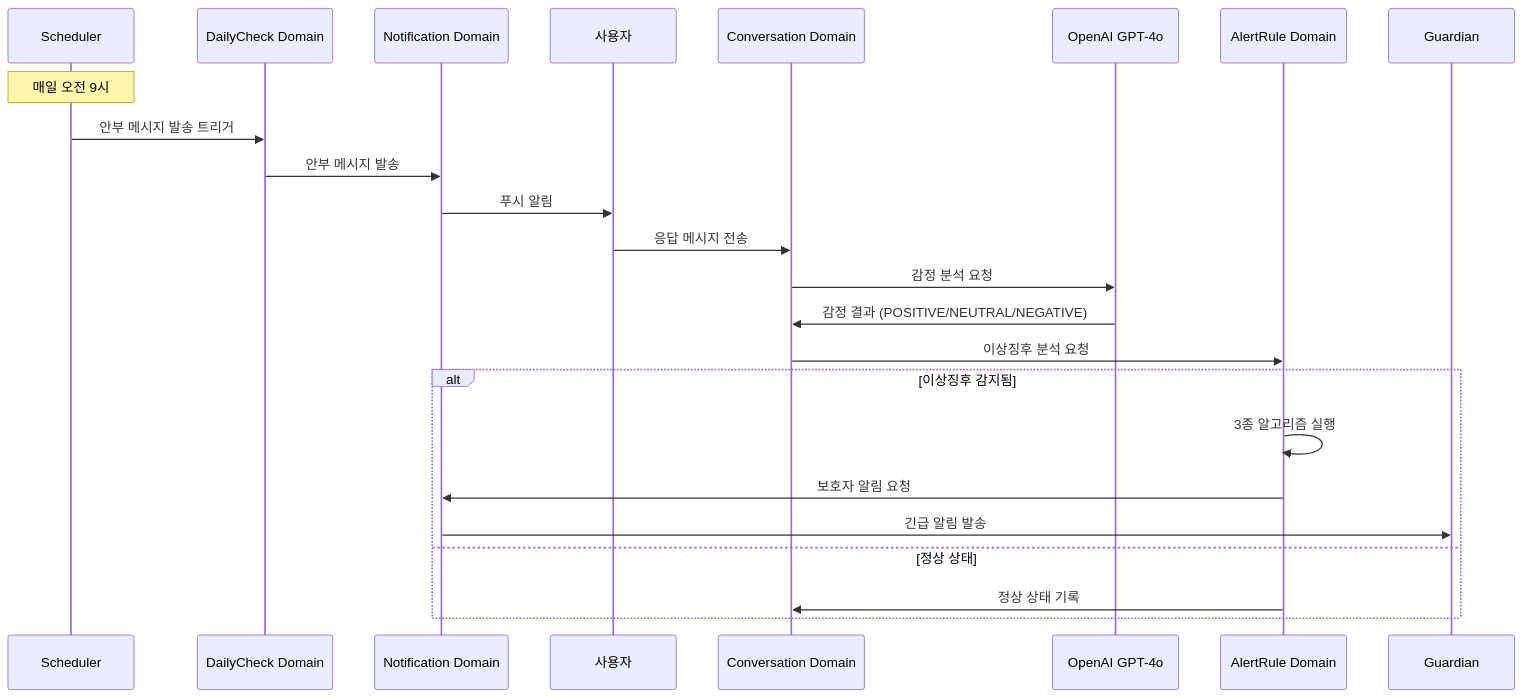
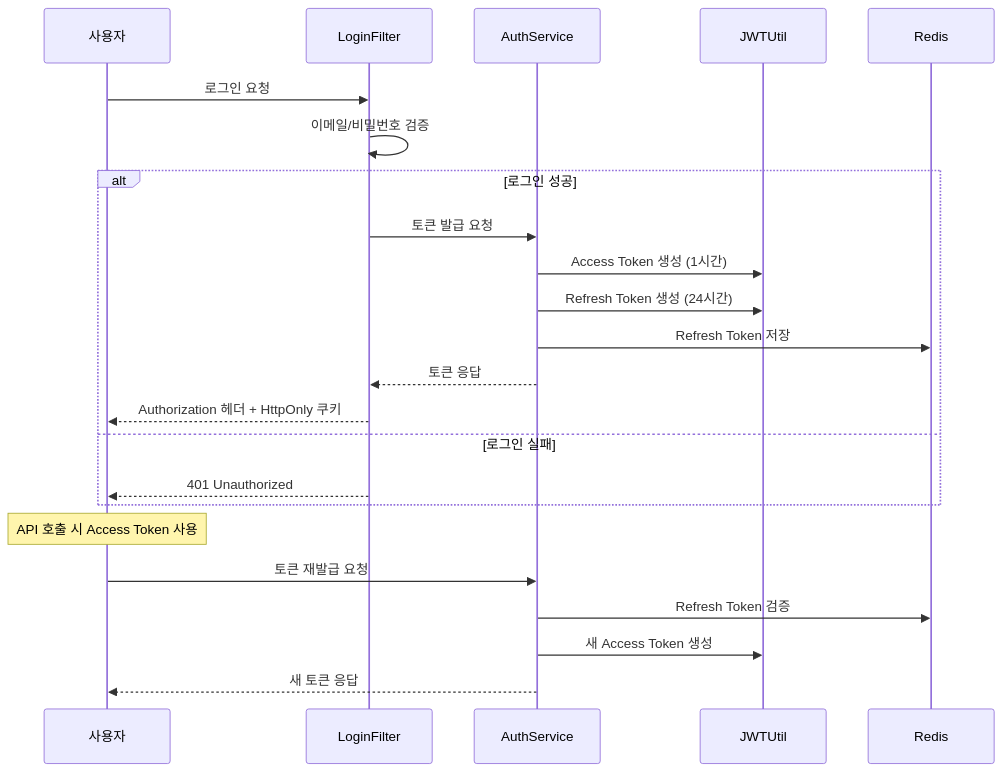
One commit to MARUNI-Service/MARUNI-SERVER changed the fifth of 7 diagrams in docs/user_flow_diagram.md. Above: the diagram before and after it, drawn with Mermaid. The commit also changed other lines of this file and 2 other files, not shown here.

````diff
--- a/docs/user_flow_diagram.md
+++ b/docs/user_flow_diagram.md
@@ -97,28 +268,29 @@
 ```mermaid
 sequenceDiagram
-    participant S as Scheduler
-    participant D as DailyCheck Domain
-    participant N as Notification Domain
     participant U as 사용자
-    participant C as Conversation Domain
-    participant AI as OpenAI GPT-4o
-    participant AR as AlertRule Domain
+    participant L as LoginFilter
+    participant A as AuthService
+    participant J as JWTUtil
+    participant R as Redis
 
-    Note over S: 매일 오전 9시
-    S->>D: 안부 메시지 발송 트리거
-    D->>N: 안부 메시지 발송
-    N->>U: 푸시 알림
+    U->>L: 로그인 요청
+    L->>L: 이메일/비밀번호 검증
 
-    U->>C: 응답 메시지 전송
-    C->>AI: 감정 분석 요청
-    AI->>C: 감정 결과 (POSITIVE/NEUTRAL/NEGATIVE)
-    C->>AR: 이상징후 분석 요청
+    alt 로그인 성공
+        L->>A: 토큰 발급 요청
+        A->>J: Access Token 생성 (1시간)
+        A->>J: Refresh Token 생성 (24시간)
+        A->>R: Refresh Token 저장
+        A-->>L: 토큰 응답
+        L-->>U: Authorization 헤더 + HttpOnly 쿠키
+    else 로그인 실패
+        L-->>U: 401 Unauthorized
+    end
 
-    alt 이상징후 감지됨
-        AR->>AR: 3종 알고리즘 실행
-        AR->>N: 보호자 알림 요청
-        N->>Guardian: 긴급 알림 발송
-    else 정상 상태
-        AR->>C: 정상 상태 기록
-    end
+    Note over U: API 호출 시 Access Token 사용
+
+    U->>A: 토큰 재발급 요청
+    A->>R: Refresh Token 검증
+    A->>J: 새 Access Token 생성
+    A-->>U: 새 토큰 응답
 ```
````
